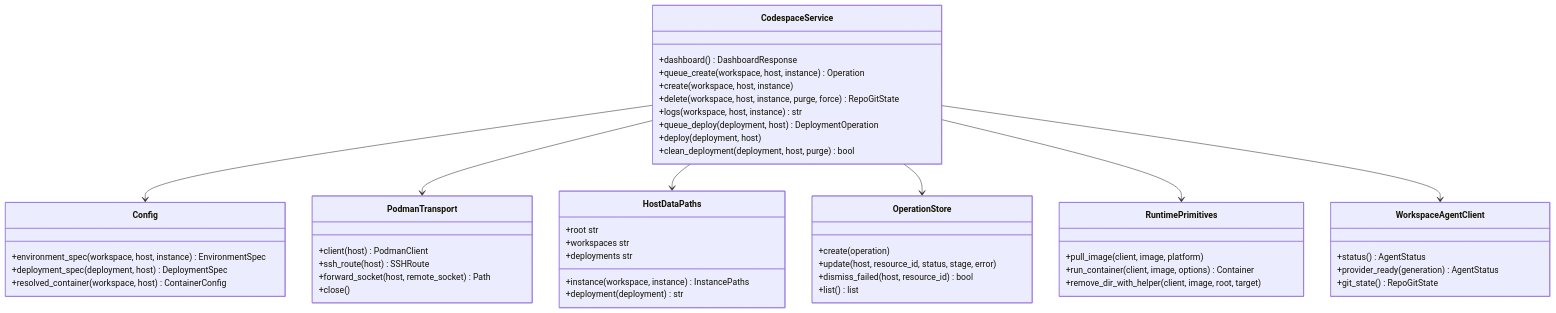
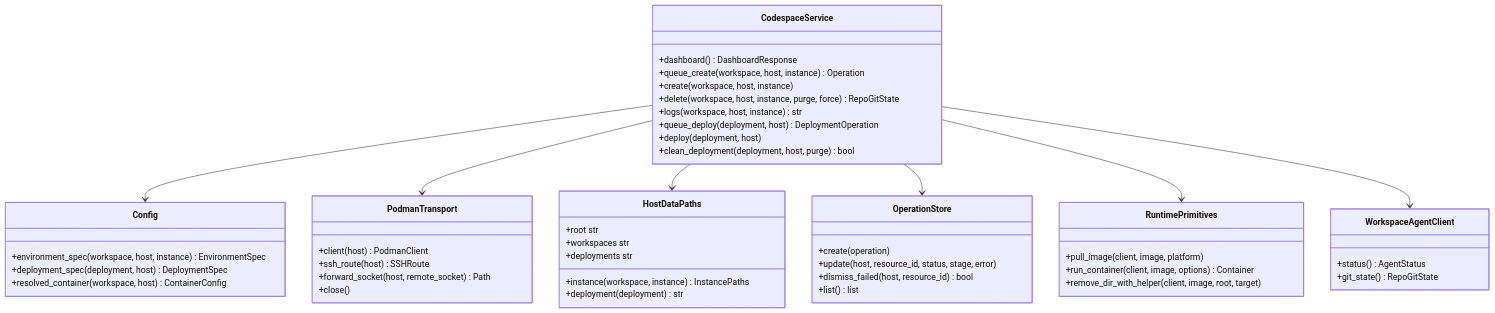
One commit to curoky/codespace changed the ninth of 9 diagrams in controller/DESIGN.md. Above: the diagram before and after it, drawn with Mermaid. The commit also changed other lines of this file and 28 other files, not shown here.

````diff
--- a/controller/DESIGN.md
+++ b/controller/DESIGN.md
@@ -323,60 +323,59 @@
 ```mermaid
 classDiagram
     class Config {
         +environment_spec(workspace, host, instance) EnvironmentSpec
         +deployment_spec(deployment, host) DeploymentSpec
         +resolved_container(workspace, host) ContainerConfig
     }
 
     class CodespaceService {
         +dashboard() DashboardResponse
         +queue_create(workspace, host, instance) Operation
         +create(workspace, host, instance)
         +delete(workspace, host, instance, purge, force) RepoGitState
         +logs(workspace, host, instance) str
         +queue_deploy(deployment, host) DeploymentOperation
         +deploy(deployment, host)
         +clean_deployment(deployment, host, purge) bool
     }
 
     class PodmanTransport {
         +client(host) PodmanClient
         +ssh_route(host) SSHRoute
         +forward_socket(host, remote_socket) Path
         +close()
     }
 
     class HostDataPaths {
         +root str
         +workspaces str
         +deployments str
         +instance(workspace, instance) InstancePaths
         +deployment(deployment) str
     }
 
     class OperationStore {
         +create(operation)
         +update(host, resource_id, status, stage, error)
         +dismiss_failed(host, resource_id) bool
         +list() list
     }
 
     class RuntimePrimitives {
         +pull_image(client, image, platform)
         +run_container(client, image, options) Container
         +remove_dir_with_helper(client, image, root, target)
     }
 
     class WorkspaceAgentClient {
         +status() AgentStatus
-        +provider_ready(generation) AgentStatus
         +git_state() RepoGitState
     }
 
     CodespaceService --> Config
     CodespaceService --> PodmanTransport
     CodespaceService --> HostDataPaths
     CodespaceService --> OperationStore
     CodespaceService --> RuntimePrimitives
     CodespaceService --> WorkspaceAgentClient
 ```
````
